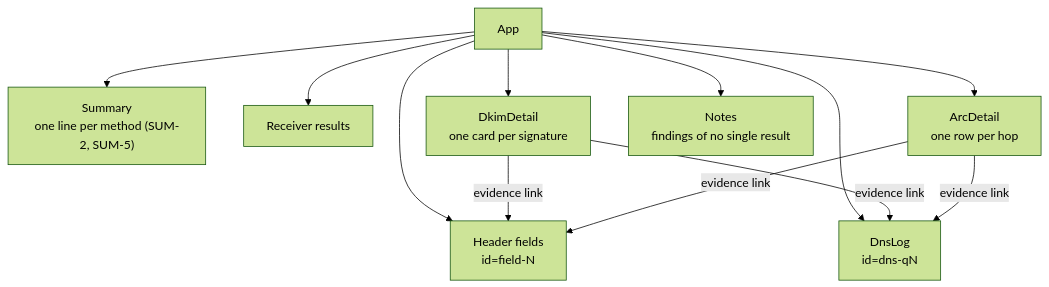
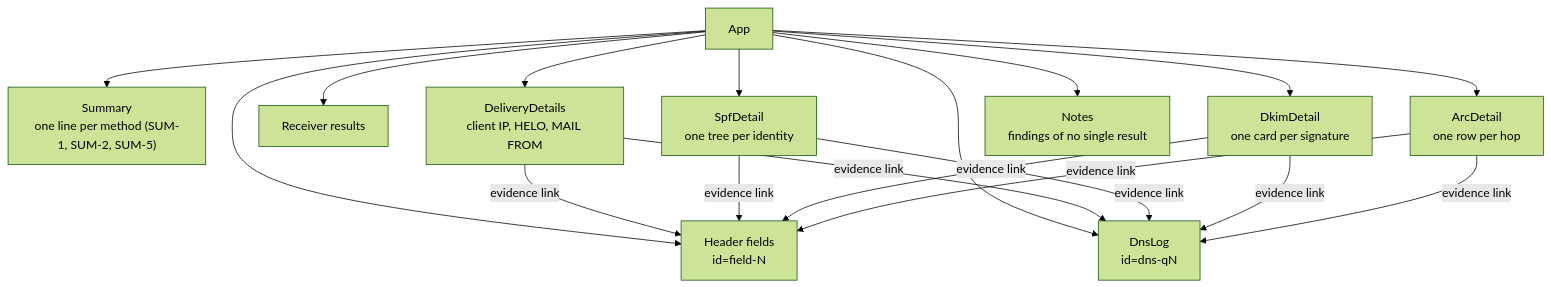
Before and after one commit to photom/benchside: the third of 3 diagrams in docs/explanation/mail-design/ui.md, drawn with Mermaid (forest theme). The commit also changed other lines of this file and 5 other files, not shown here.

````diff
--- a/docs/explanation/mail-design/ui.md
+++ b/docs/explanation/mail-design/ui.md
@@ -79,11 +79,13 @@
 ```mermaid
 flowchart TD
-  App --> Summary["Summary<br/>one line per method (SUM-2, SUM-5)"]
+  App --> Summary["Summary<br/>one line per method (SUM-1, SUM-2, SUM-5)"]
+  App --> Delivery["DeliveryDetails<br/>client IP, HELO, MAIL FROM"]
   App --> Receiver[Receiver results]
+  App --> Spf["SpfDetail<br/>one tree per identity"]
   App --> Dkim["DkimDetail<br/>one card per signature"]
   App --> Arc["ArcDetail<br/>one row per hop"]
   App --> Notes["Notes<br/>findings of no single result"]
   App --> Headers["Header fields<br/>id=field-N"]
   App --> DnsLog["DnsLog<br/>id=dns-qN"]
-  Dkim & Arc -- "evidence link" --> Headers & DnsLog
+  Delivery & Spf & Dkim & Arc -- "evidence link" --> Headers & DnsLog
 ```
````
